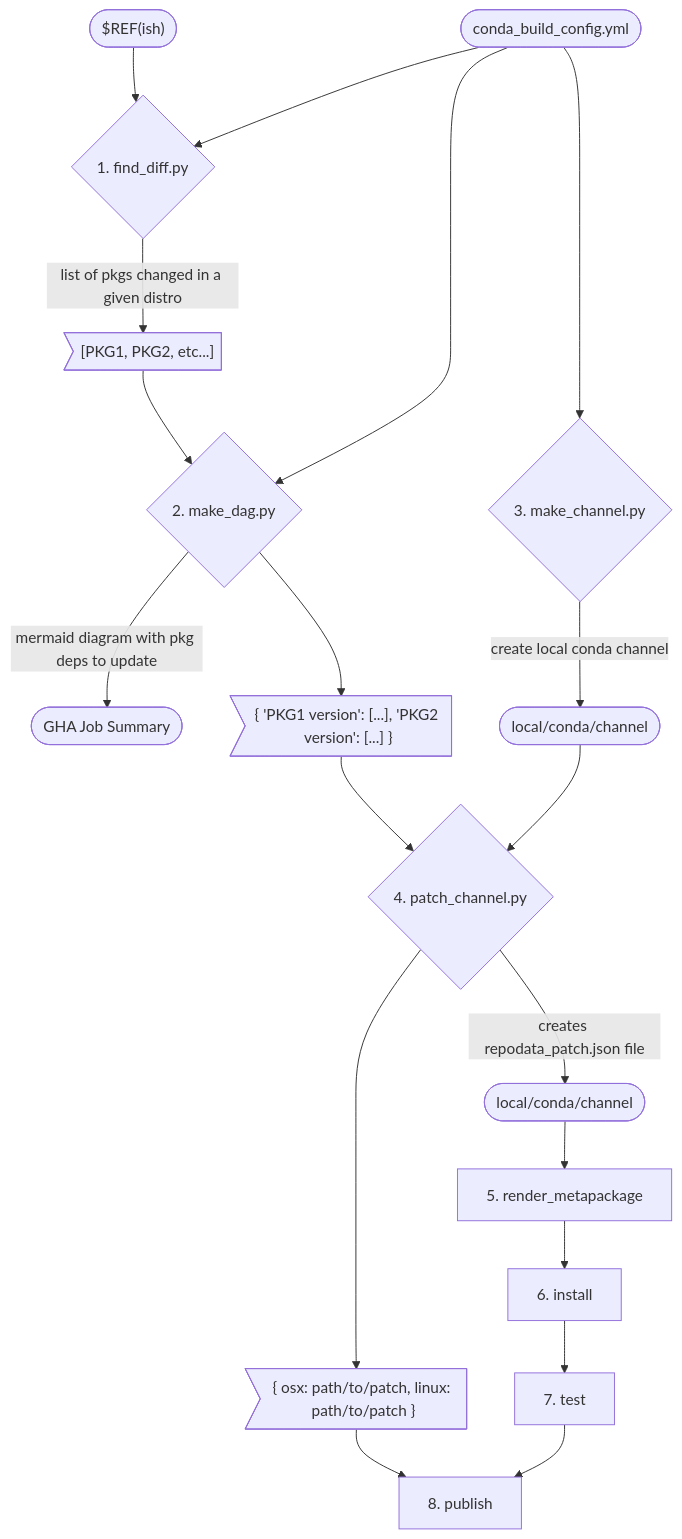
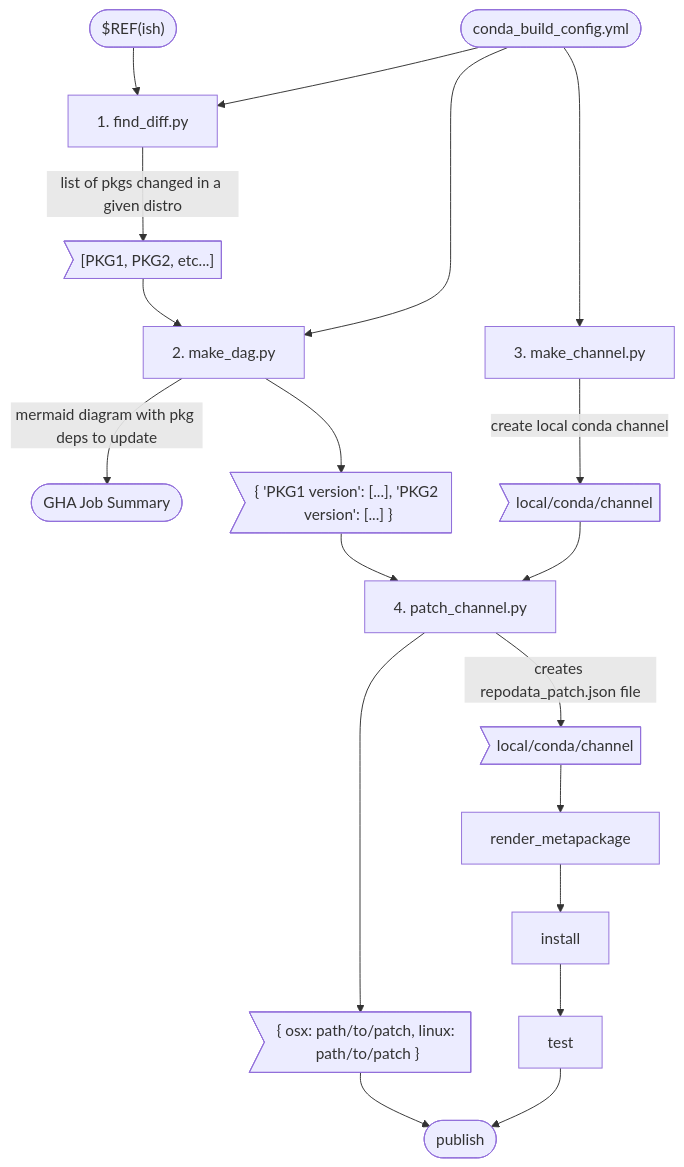
The eighth of 8 diagrams in README.md (qiime2/distributions), drawn with Mermaid before and after one commit.

Commit message:
squash: follow the legend node types

````diff
--- a/README.md
+++ b/README.md
@@ -196,38 +196,38 @@
 ```mermaid
 flowchart TB
   start(["conda_build_config.yml"])
   alt_start(["$REF(ish)"])
-  find_diff{"1. find_diff.py"}
+  find_diff["1. find_diff.py"]
   pkg_diffs>"[PKG1, PKG2, etc...]"]
-  make_dag{"2. make_dag.py"}
+  make_dag["2. make_dag.py"]
   job_sum(["GHA Job Summary"])
   pkg_diff_vers>"{ 'PKG1 version': [...], 'PKG2 version': [...] }"]
-  make_channel{"3. make_channel.py"}
-  channel_dir1(["local/conda/channel"])
-  patch_channel{"4. patch_channel.py"}
+  make_channel["3. make_channel.py"]
+  channel_dir1>"local/conda/channel"]
+  patch_channel["4. patch_channel.py"]
   os_paths>"{ osx: path/to/patch, linux: path/to/patch }"]
-  channel_dir2(["local/conda/channel"])
-  render_meta["5. render_metapackage"]
-  install["6. install"]
-  test["7. test"]
-  publish["8. publish"]
+  channel_dir2>"local/conda/channel"]
+  render_meta["render_metapackage"]
+  install["install"]
+  test["test"]
+  publish(["publish"])
 
   start --> find_diff
   alt_start --> find_diff
   find_diff -->|list of pkgs changed in a given distro| pkg_diffs
   pkg_diffs --> make_dag
   start --> make_dag
   make_dag -->|mermaid diagram with pkg deps to update| job_sum
   make_dag --> pkg_diff_vers
   start --> make_channel
   make_channel -->|create local conda channel| channel_dir1
   pkg_diff_vers --> patch_channel
   channel_dir1 --> patch_channel
   patch_channel --> os_paths
   patch_channel -->|creates repodata_patch.json file| channel_dir2
   channel_dir2 --> render_meta
   render_meta --> install
   install --> test
   test --> publish
   os_paths --> publish
 ```
````
